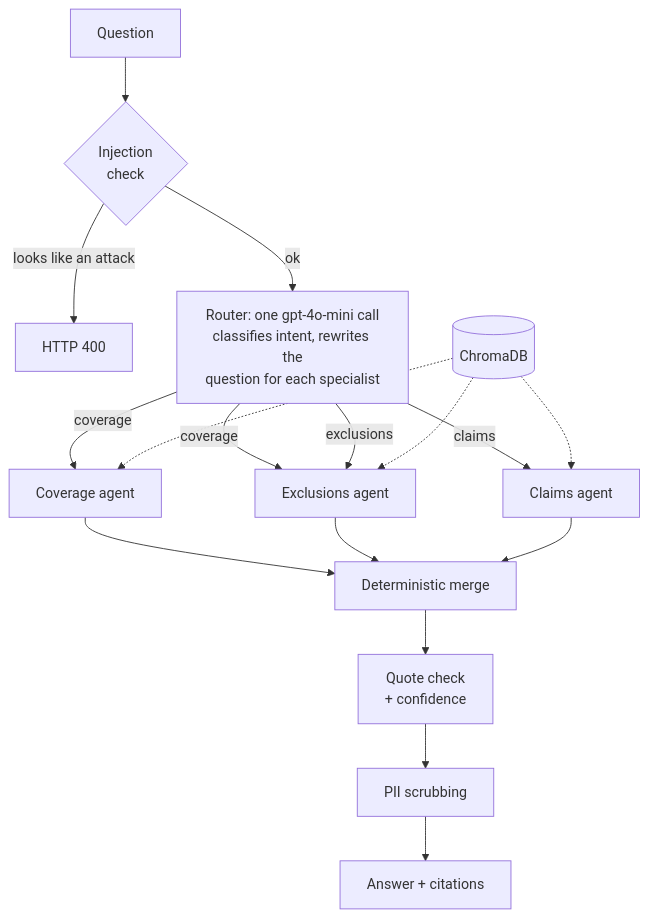
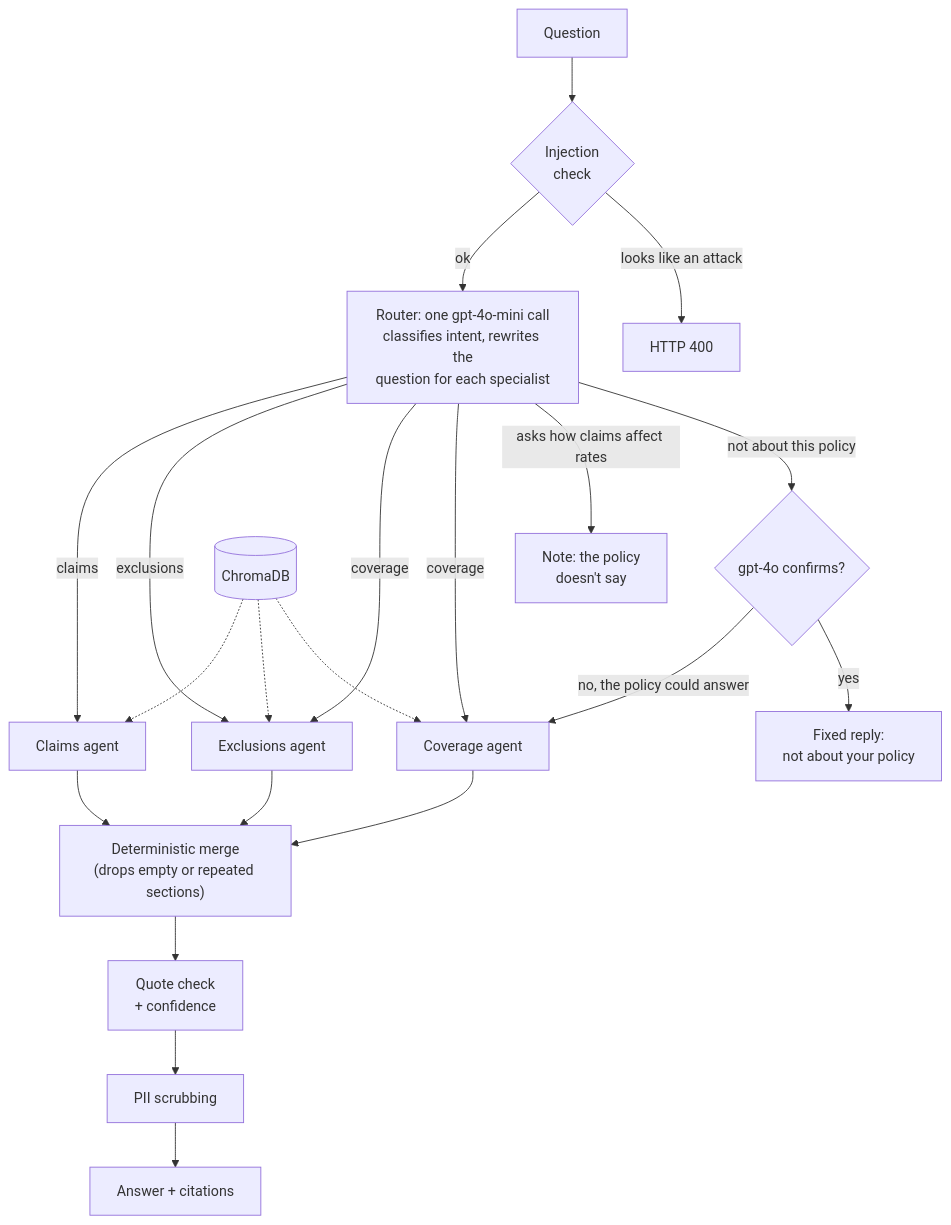
Before and after one commit to aravindkakumanu/insure-agent: the second of 2 diagrams in README.md, drawn with Mermaid. The commit also changed other lines of this file and 1 other file, not shown here.

````diff
--- a/README.md
+++ b/README.md
@@ -29,19 +29,23 @@
 ```mermaid
 flowchart TD
     q["Question"] --> inj{"Injection<br/>check"}
     inj -- "looks like an attack" --> rej["HTTP 400"]
     inj -- ok --> router["Router: one gpt-4o-mini call<br/>classifies intent, rewrites the<br/>question for each specialist"]
+    router -- "not about this policy" --> confirm{"gpt-4o confirms?"}
+    confirm -- yes --> refuse["Fixed reply:<br/>not about your policy"]
+    confirm -- "no, the policy could answer" --> cov
+    router -- "asks how claims affect rates" --> nip["Note: the policy<br/>doesn't say"]
     router -- coverage --> cov["Coverage agent"]
     router -- coverage --> exc["Exclusions agent"]
     router -- exclusions --> exc
     router -- claims --> clm["Claims agent"]
-    cov --> merge["Deterministic merge"]
+    cov --> merge["Deterministic merge<br/>(drops empty or repeated sections)"]
     exc --> merge
     clm --> merge
     merge --> quotes["Quote check<br/>+ confidence"]
     quotes --> pii["PII scrubbing"]
     pii --> out["Answer + citations"]
     db[("ChromaDB")] -.-> cov
     db -.-> exc
     db -.-> clm
 ```
````
